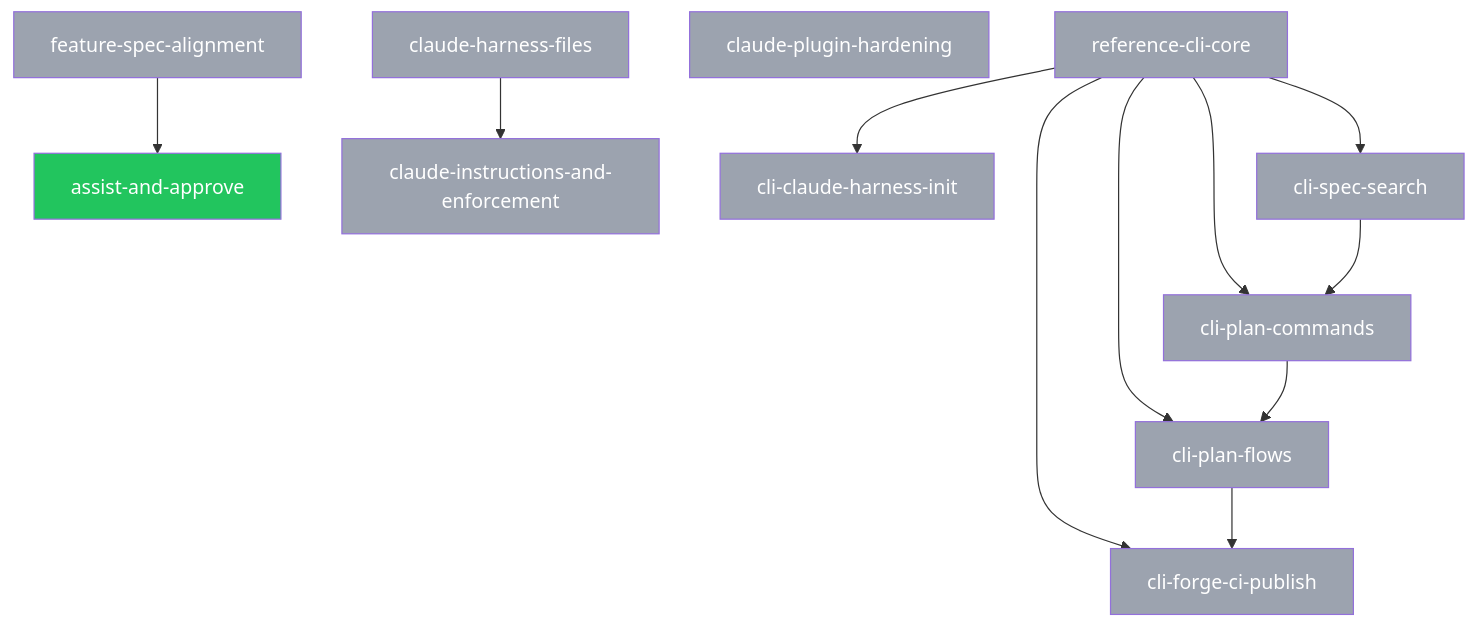
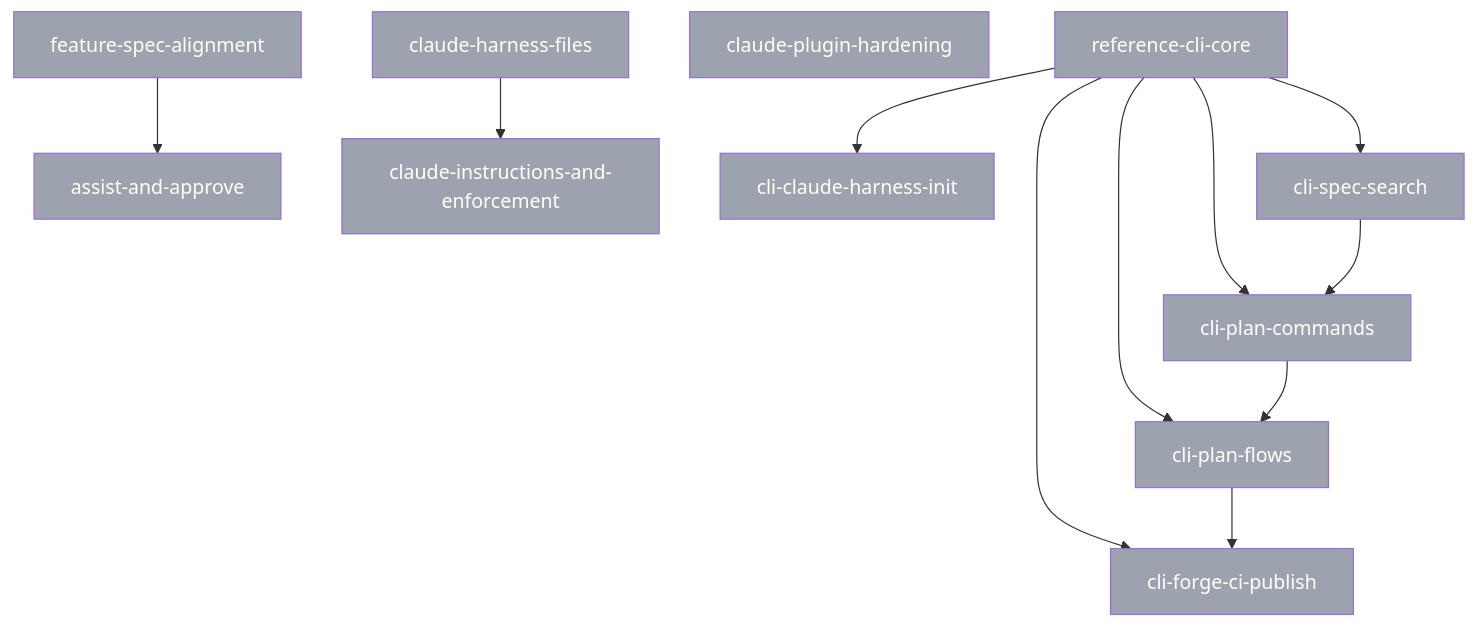
One commit to SpiralSky/specplane changed the diagram in plans/PLANS.md. Above: the diagram before and after it, drawn with Mermaid. The commit also changed other lines of this file and 1 other file, not shown here.

````diff
--- a/plans/PLANS.md
+++ b/plans/PLANS.md
@@ -28,31 +27,31 @@
 ```mermaid
 graph TD
     p_2026_10_28_reference_cli_core[reference-cli-core]:::done
-    p_2026_10_29_assist_and_approve[assist-and-approve]:::ready
+    p_2026_10_29_assist_and_approve[assist-and-approve]:::done
     p_2026_10_29_claude_harness_files[claude-harness-files]:::done
     p_2026_10_29_claude_instructions_and_enforcement[claude-instructions-and-enforcement]:::done
     p_2026_10_29_claude_plugin_hardening[claude-plugin-hardening]:::done
     p_2026_10_29_cli_claude_harness_init[cli-claude-harness-init]:::done
     p_2026_10_29_cli_forge_ci_publish[cli-forge-ci-publish]:::done
     p_2026_10_29_cli_plan_commands[cli-plan-commands]:::done
     p_2026_10_29_cli_plan_flows[cli-plan-flows]:::done
     p_2026_10_29_cli_spec_search[cli-spec-search]:::done
     p_2026_10_29_feature_spec_alignment[feature-spec-alignment]:::done
     p_2026_10_29_feature_spec_alignment --> p_2026_10_29_assist_and_approve
     p_2026_10_29_claude_harness_files --> p_2026_10_29_claude_instructions_and_enforcement
     p_2026_10_28_reference_cli_core --> p_2026_10_29_cli_claude_harness_init
     p_2026_10_28_reference_cli_core --> p_2026_10_29_cli_forge_ci_publish
     p_2026_10_29_cli_plan_flows --> p_2026_10_29_cli_forge_ci_publish
     p_2026_10_28_reference_cli_core --> p_2026_10_29_cli_plan_commands
     p_2026_10_29_cli_spec_search --> p_2026_10_29_cli_plan_commands
     p_2026_10_28_reference_cli_core --> p_2026_10_29_cli_plan_flows
     p_2026_10_29_cli_plan_commands --> p_2026_10_29_cli_plan_flows
     p_2026_10_28_reference_cli_core --> p_2026_10_29_cli_spec_search
     classDef draft fill:#f9fafb,color:#374151,stroke:#d1d5db
     classDef ready fill:#22c55e,color:#fff
     classDef blocked fill:#ef4444,color:#fff
     classDef in_progress fill:#3b82f6,color:#fff
     classDef review fill:#60a5fa,color:#fff
     classDef done fill:#9ca3af,color:#fff
     classDef abandoned fill:#9ca3af,color:#fff,text-decoration:line-through
 ```
````
